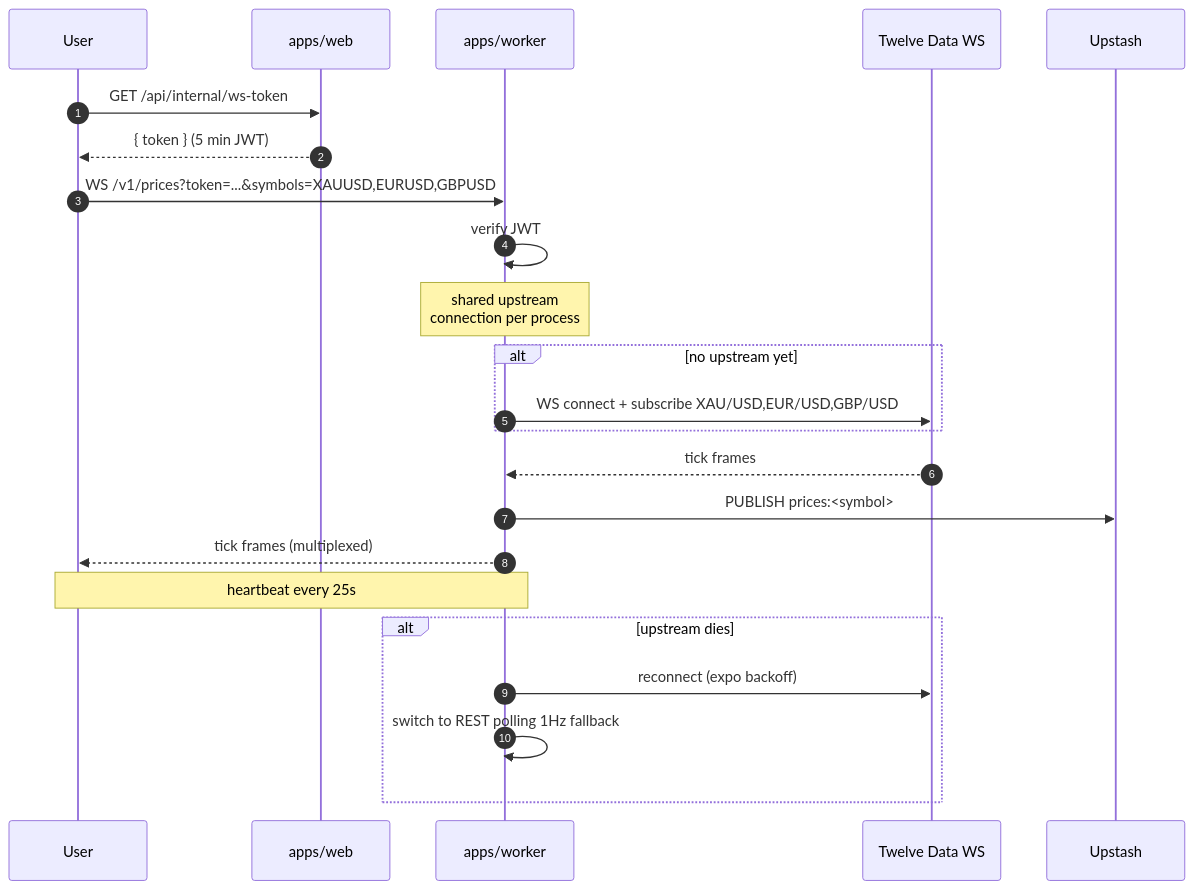
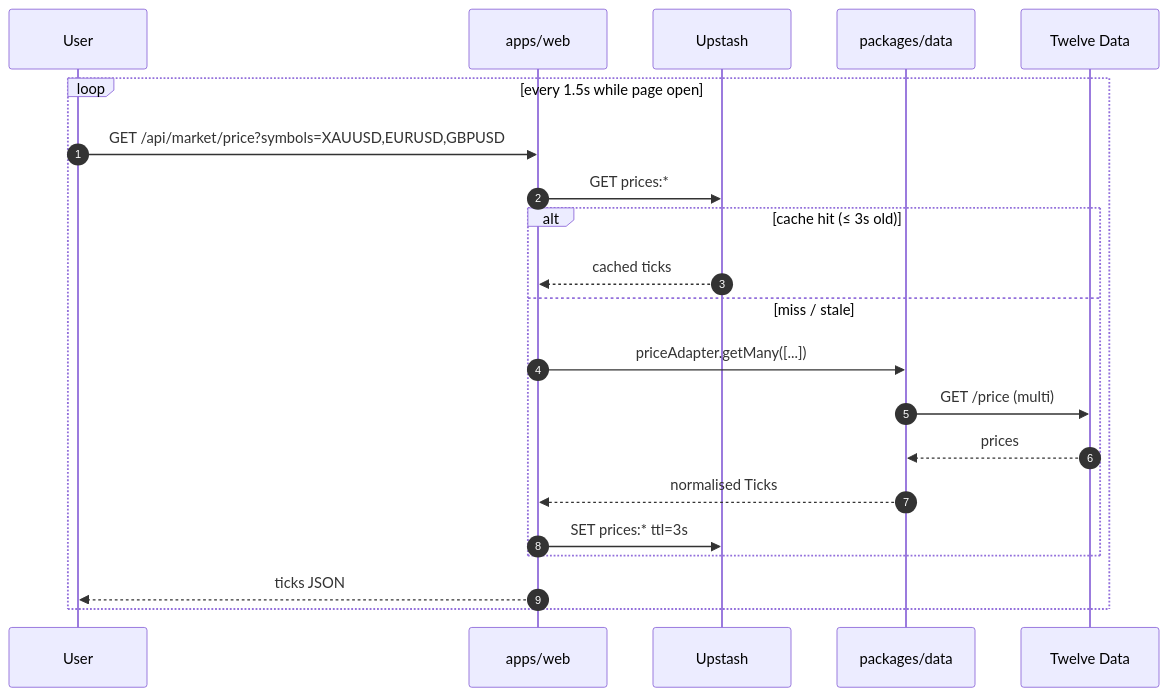
One commit to HamaFx/HamaFX-Ai changed the second of 10 diagrams in docs/13-data-flow.md. Above: the diagram before and after it, drawn with Mermaid. The commit also changed other lines of this file and 17 other files, not shown here.

````diff
--- a/docs/13-data-flow.md
+++ b/docs/13-data-flow.md
@@ -48,28 +50,24 @@
 ```mermaid
 sequenceDiagram
     autonumber
     participant U as User
     participant W as apps/web
-    participant K as apps/worker
-    participant TD as Twelve Data WS
     participant R as Upstash
+    participant DA as packages/data
+    participant TD as Twelve Data
 
-    U->>W: GET /api/internal/ws-token
-    W-->>U: { token } (5 min JWT)
-    U->>K: WS /v1/prices?token=...&symbols=XAUUSD,EURUSD,GBPUSD
-    K->>K: verify JWT
-    Note over K: shared upstream<br/>connection per process
-    alt no upstream yet
-      K->>TD: WS connect + subscribe XAU/USD,EUR/USD,GBP/USD
-    end
-    TD-->>K: tick frames
-    K->>R: PUBLISH prices:<symbol>
-    K-->>U: tick frames (multiplexed)
-
-    Note over U,K: heartbeat every 25s
-
-    alt upstream dies
-      K->>TD: reconnect (expo backoff)
-      K->>K: switch to REST polling 1Hz fallback
+    loop every 1.5s while page open
+      U->>W: GET /api/market/price?symbols=XAUUSD,EURUSD,GBPUSD
+      W->>R: GET prices:*
+      alt cache hit (≤ 3s old)
+        R-->>W: cached ticks
+      else miss / stale
+        W->>DA: priceAdapter.getMany([...])
+        DA->>TD: GET /price (multi)
+        TD-->>DA: prices
+        DA-->>W: normalised Ticks
+        W->>R: SET prices:* ttl=3s
+      end
+      W-->>U: ticks JSON
     end
 ```
````
